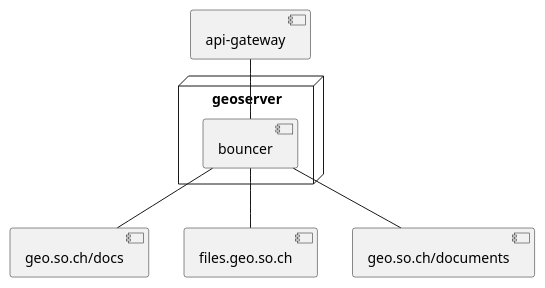
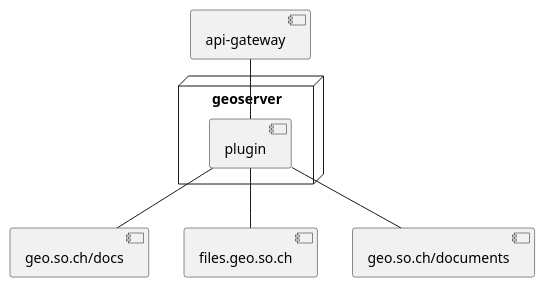
Before and after one commit to sogis/nconcept_p: the diagram in datam/fileam/plugin.puml, drawn with PlantUML. The commit also changed 2 other files, not shown here.

```diff
--- a/datam/fileam/plugin.puml
+++ b/datam/fileam/plugin.puml
@@ -1,18 +1,18 @@
 @startuml
 
 component "api-gateway" as gate
 
 node geoserver as gs {
-  component bouncer as bc
+  component plugin as plug
 }
 
 component "geo.so.ch/docs" as docs
 component "files.geo.so.ch" as geo
 component "geo.so.ch/documents" as rep
 
-gate -- bc
-bc -- docs
-bc -- geo
-bc -- rep
+gate -- plug
+plug -- docs
+plug -- geo
+plug -- rep
 
 @enduml
```
